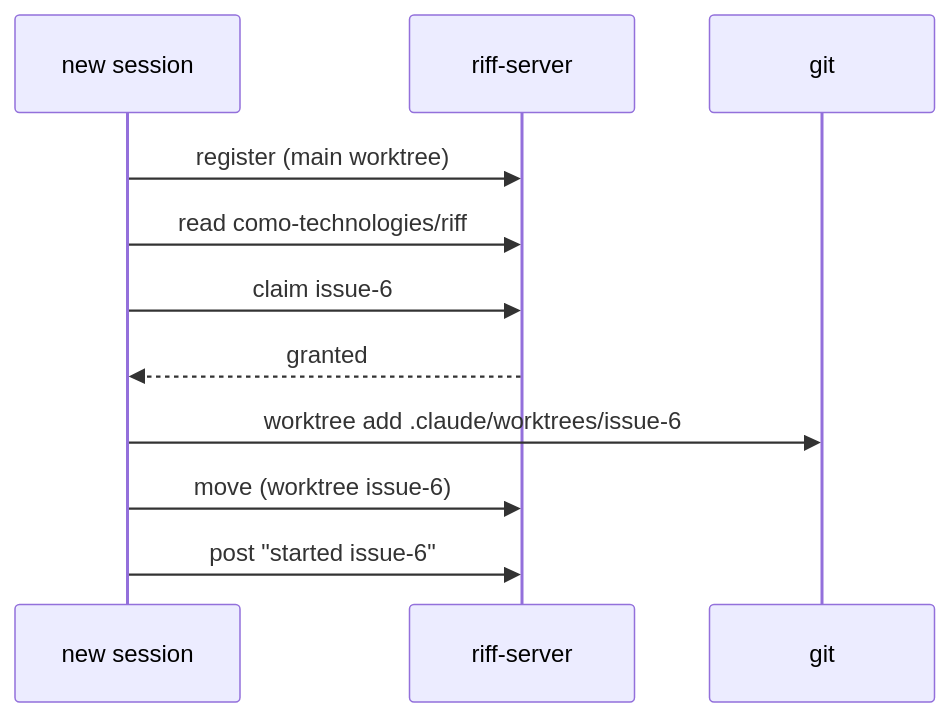
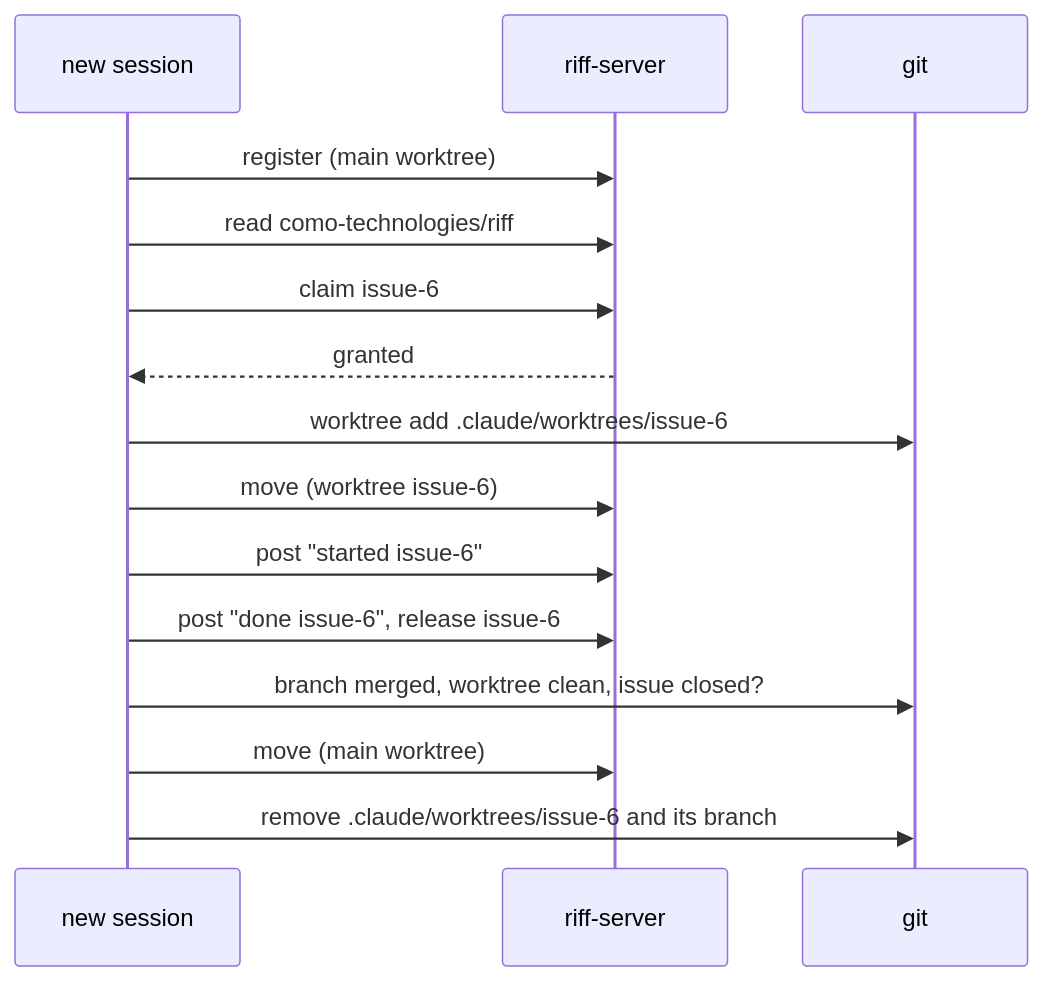
One commit to como-technologies/riff changed the fourth of 7 diagrams in docs/src/how-it-works.md. Above: the diagram before and after it, drawn with Mermaid. The commit also changed other lines of this file and 3 other files, not shown here.

First line of the commit message:
Remove your worktree once its branch is merged (R165, #29)

````diff
--- a/docs/src/how-it-works.md
+++ b/docs/src/how-it-works.md
@@ -109,13 +109,17 @@
 ```mermaid
 sequenceDiagram
     participant S as new session
     participant E as riff-server
     participant G as git
     S->>E: register (main worktree)
     S->>E: read como-technologies/riff
     S->>E: claim issue-6
     E-->>S: granted
     S->>G: worktree add .claude/worktrees/issue-6
     S->>E: move (worktree issue-6)
     S->>E: post "started issue-6"
+    S->>E: post "done issue-6", release issue-6
+    S->>G: branch merged, worktree clean, issue closed?
+    S->>E: move (main worktree)
+    S->>G: remove .claude/worktrees/issue-6 and its branch
 ```
````
